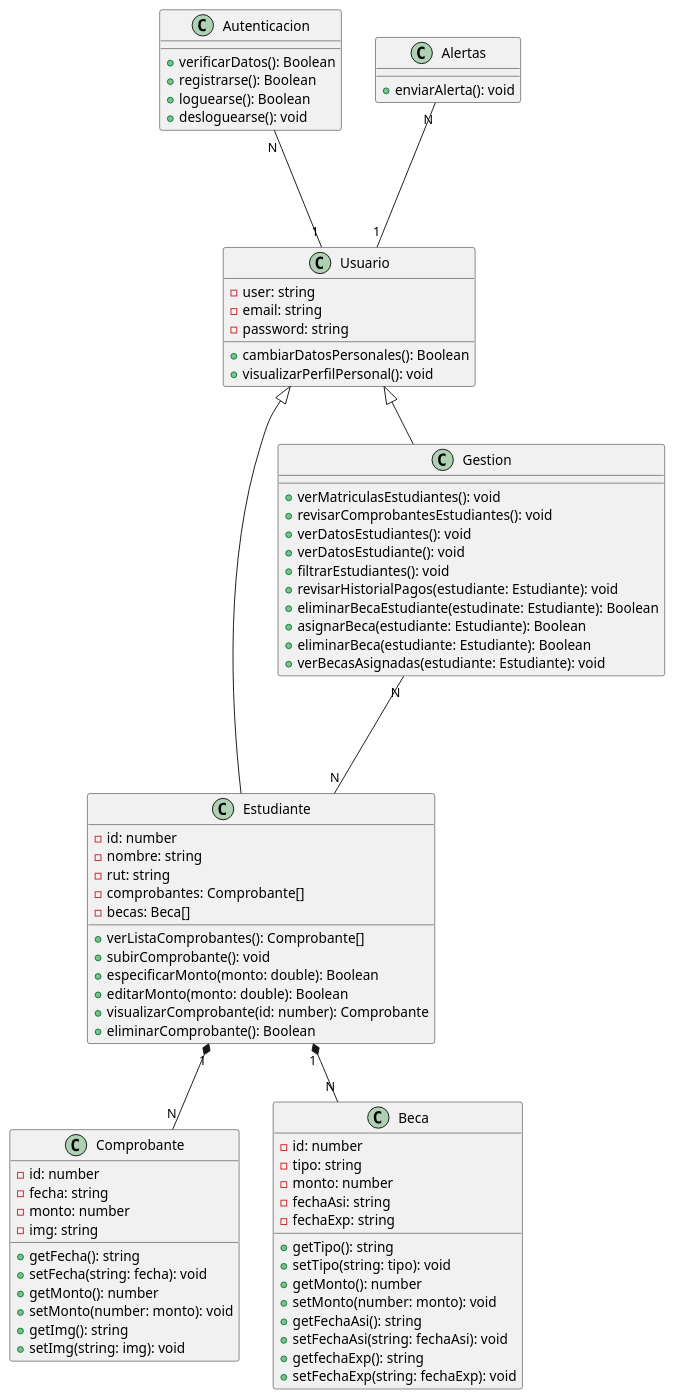
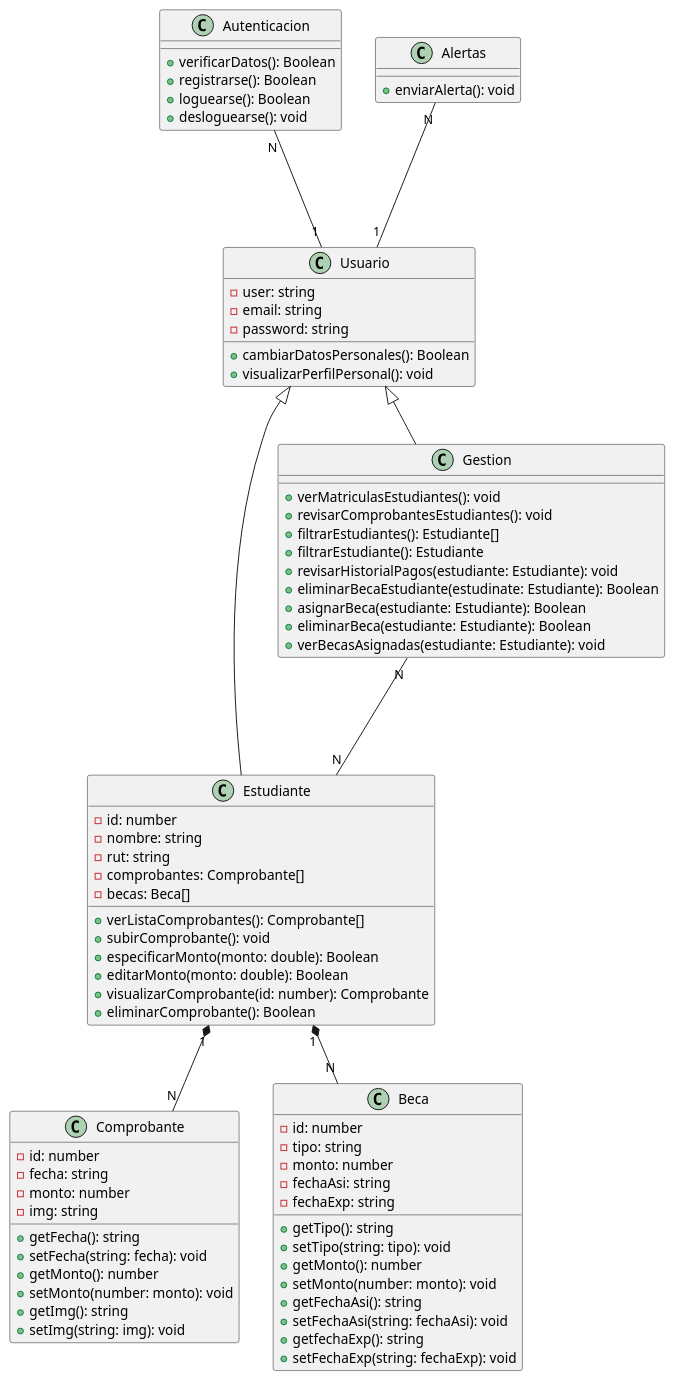
Before and after one commit to luisllanca/INFO248-graduados: the diagram in diagramas/clases.pu, drawn with PlantUML.

Commit message:
diagrama actualizado

```diff
--- a/diagramas/clases.pu
+++ b/diagramas/clases.pu
@@ -1,90 +1,89 @@
 @startuml
 
 
 class Autenticacion {
   +verificarDatos(): Boolean
   +registrarse(): Boolean
   +loguearse(): Boolean
   +desloguearse(): void
 }
 
 class Alertas {
   +enviarAlerta(): void
 }
 
 class Usuario {
   -user: string
   -email: string
   -password: string
   +cambiarDatosPersonales(): Boolean
   +visualizarPerfilPersonal(): void
 }
 
 class Estudiante {
   -id: number
   -nombre: string
   -rut: string
   -comprobantes: Comprobante[]
   -becas: Beca[]
   +verListaComprobantes(): Comprobante[]
   +subirComprobante(): void
   +especificarMonto(monto: double): Boolean
   +editarMonto(monto: double): Boolean
   +visualizarComprobante(id: number): Comprobante
   +eliminarComprobante(): Boolean
 }
 
 class Comprobante {
   -id: number
   -fecha: string
   -monto: number
   -img: string
 
   +getFecha(): string
   +setFecha(string: fecha): void
   +getMonto(): number
   +setMonto(number: monto): void
   +getImg(): string
   +setImg(string: img): void
 }
 
 class Gestion {
   +verMatriculasEstudiantes(): void
   +revisarComprobantesEstudiantes(): void
-  +verDatosEstudiantes(): void
-  +verDatosEstudiante(): void
-  +filtrarEstudiantes(): void
+  +filtrarEstudiantes(): Estudiante[]
+  +filtrarEstudiante(): Estudiante
   +revisarHistorialPagos(estudiante: Estudiante): void
   +eliminarBecaEstudiante(estudinate: Estudiante): Boolean
   +asignarBeca(estudiante: Estudiante): Boolean
   +eliminarBeca(estudiante: Estudiante): Boolean
   +verBecasAsignadas(estudiante: Estudiante): void
 }
 
 
 class Beca {
   -id: number
   -tipo: string
   -monto: number
   -fechaAsi: string
   -fechaExp: string
 
   +getTipo(): string
   +setTipo(string: tipo): void
   +getMonto(): number
   +setMonto(number: monto): void
   +getFechaAsi(): string
   +setFechaAsi(string: fechaAsi): void
   +getfechaExp(): string
   +setFechaExp(string: fechaExp): void
 }
 
 Autenticacion "N" --- "1" Usuario
 Alertas "N" --- "1" Usuario
 Usuario <|-- Estudiante
 Usuario <|-- Gestion
 Estudiante "1" *-- "N" Comprobante
 Estudiante "1" *-- "N" Beca
 Gestion "N" --- "N" Estudiante
 
 @enduml
```
